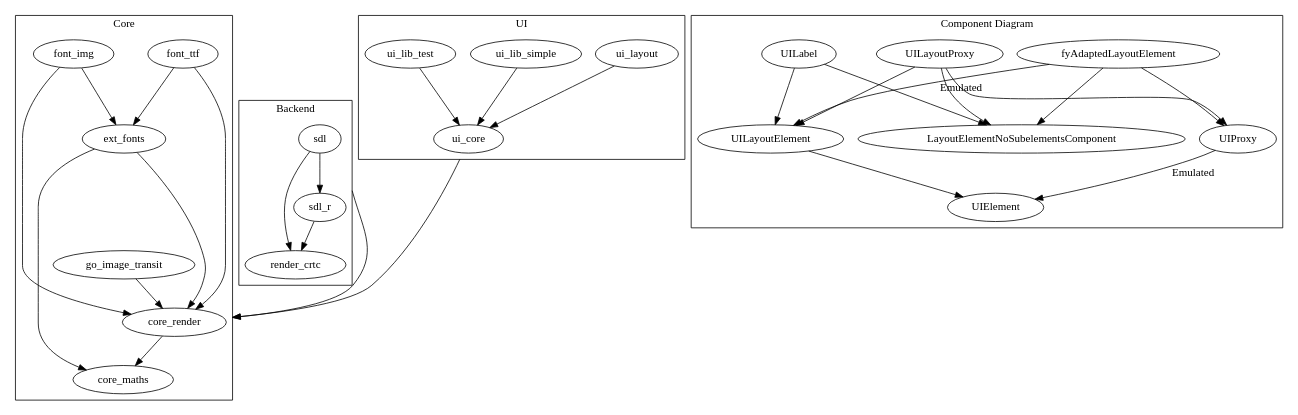
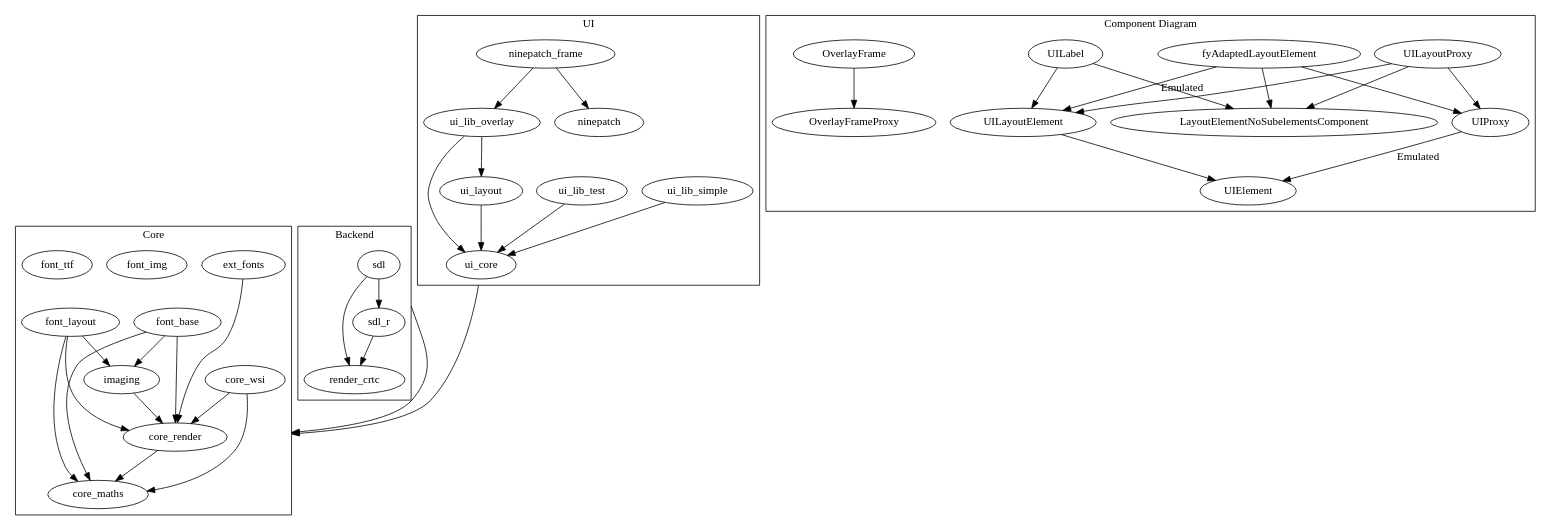
The diagram in frenyard/dependencies.dot (lexisother/frenyard), drawn with Graphviz before and after one commit. The commit also changed 15 other files, not shown here.

```diff
--- a/frenyard/dependencies.dot
+++ b/frenyard/dependencies.dot
@@ -1,60 +1,72 @@
 digraph Dependencies {
 	compound=true;
 	subgraph cluster0 {
 		label = "Core";
 		"core_render";
 		"core_maths";
+		"core_wsi";
 		"ext_fonts";
 		"font_img";
 		"font_ttf";
 		"core_render" -> "core_maths";
-		"ext_fonts" -> "core_maths";
-		"go_image_transit" -> "core_render";
-		"font_img" -> "ext_fonts";
-		"font_img" -> "core_render";
-		"font_ttf" -> "ext_fonts";
-		"font_ttf" -> "core_render";
+		"core_wsi" -> "core_maths";
+		"core_wsi" -> "core_render";
+		"font_base" -> "core_maths";
+		"font_base" -> "core_render";
+		"font_base" -> "imaging";
+		"font_layout" -> "core_maths";
+		"font_layout" -> "core_render";
+		"font_layout" -> "imaging";
+		"imaging" -> "core_render";
 	}
 	"ext_fonts" -> "core_render" [ltail=cluster1,lhead=cluster0,minlen=3];
 	subgraph cluster2 {
 		label = "Backend";
 		"render_crtc";
 		"sdl";
 		"sdl_r";
 		"sdl" -> "sdl_r";
 		"sdl" -> "render_crtc";
 		"sdl_r" -> "render_crtc";
 	}
 	"sdl" -> "core_render" [ltail=cluster2,lhead=cluster0,minlen=3];
 	subgraph cluster3 {
 		label = "UI";
 		"ui_core";
 		"ui_layout";
 		"ui_lib_simple";
 		"ui_layout" -> "ui_core";
 		"ui_lib_simple" -> "ui_core";
 		"ui_lib_test" -> "ui_core";
+		"ui_lib_overlay" -> "ui_core";
+		"ui_lib_overlay" -> "ui_layout";
+		"ninepatch";
+		"ninepatch_frame" -> "ninepatch";
+		"ninepatch_frame" -> "ui_lib_overlay";
 	}
 	"ui_core" -> "core_render" [ltail=cluster3,lhead=cluster0,minlen=3];
 	subgraph cluster4 {
 		label = "Component Diagram";
 		"UIElement";
 		"UIProxy";
 		"UILayoutElement";
 		"LayoutElementNoSubelementsComponent";
 		"UILayoutProxy";
 
 		"UIProxy" -> "UIElement" [label="Emulated"];
 		"UILayoutProxy" -> "UIProxy";
 		"UILayoutProxy" -> "UILayoutElement";
 		"UILayoutProxy" -> "LayoutElementNoSubelementsComponent";
 		"UILayoutElement" -> "UIElement";
 
 		"fyAdaptedLayoutElement" -> "UIProxy";
 		"fyAdaptedLayoutElement" -> "UILayoutElement" [label="Emulated"];
 		"fyAdaptedLayoutElement" -> "LayoutElementNoSubelementsComponent";
 		"UILabel" -> "UILayoutElement";
 		"UILabel" -> "LayoutElementNoSubelementsComponent";
+
+		"OverlayFrame";
+		"OverlayFrame" -> "OverlayFrameProxy";
 	}
 	// CLASS
 }
```
